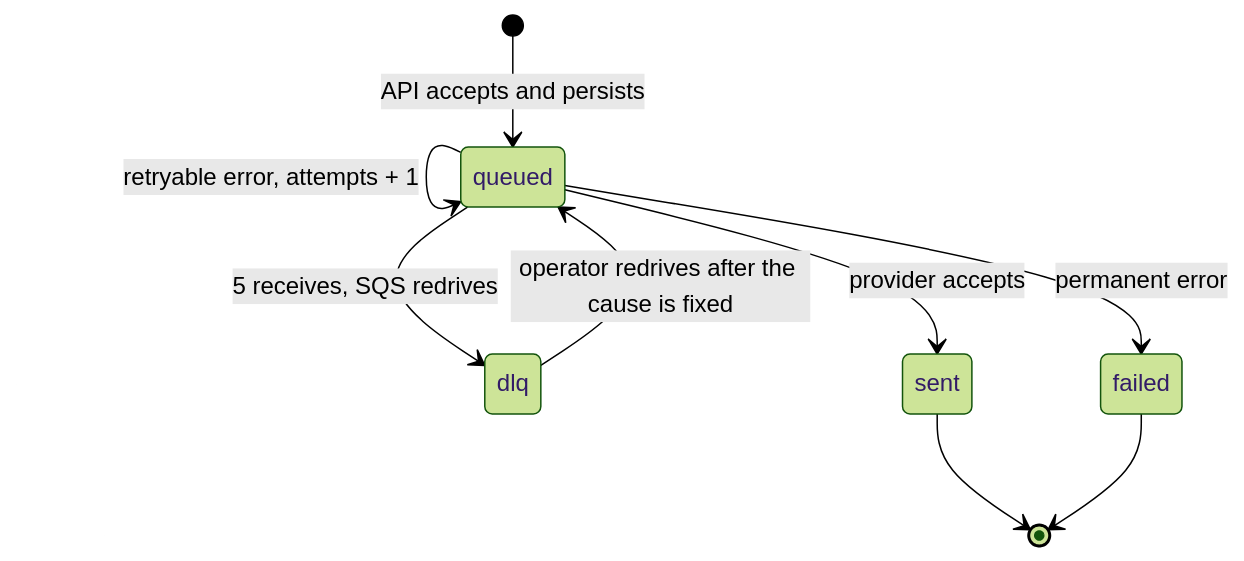
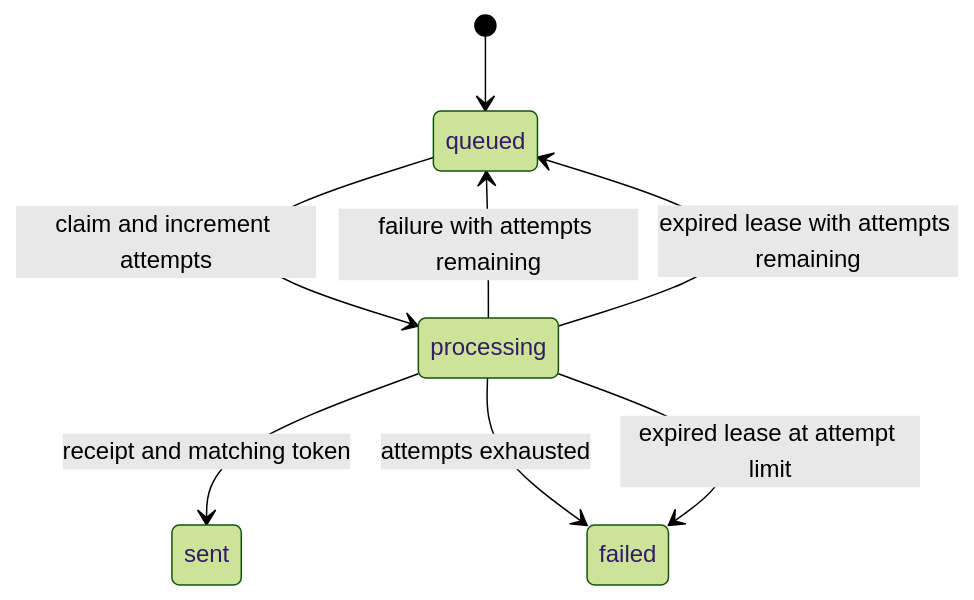
One commit to skippednote/axelerant-documentation-skill-reference changed the diagram in sample/dispatch/docs/explanation/data-model.md. Above: the diagram before and after it, drawn with Mermaid (forest theme). The commit also changed other lines of this file and 93 other files, not shown here.

````diff
--- a/sample/dispatch/docs/explanation/data-model.md
+++ b/sample/dispatch/docs/explanation/data-model.md
@@ -65,11 +13,10 @@
 ```mermaid
 stateDiagram-v2
-    [*] --> queued: API accepts and persists
-    queued --> queued: retryable error, attempts + 1
-    queued --> sent: provider accepts
-    queued --> failed: permanent error
-    queued --> dlq: 5 receives, SQS redrives
-    dlq --> queued: operator redrives after the cause is fixed
-    sent --> [*]
-    failed --> [*]
+  [*] --> queued
+  queued --> processing: claim and increment attempts
+  processing --> sent: receipt and matching token
+  processing --> queued: failure with attempts remaining
+  processing --> failed: attempts exhausted
+  processing --> queued: expired lease with attempts remaining
+  processing --> failed: expired lease at attempt limit
 ```
````
